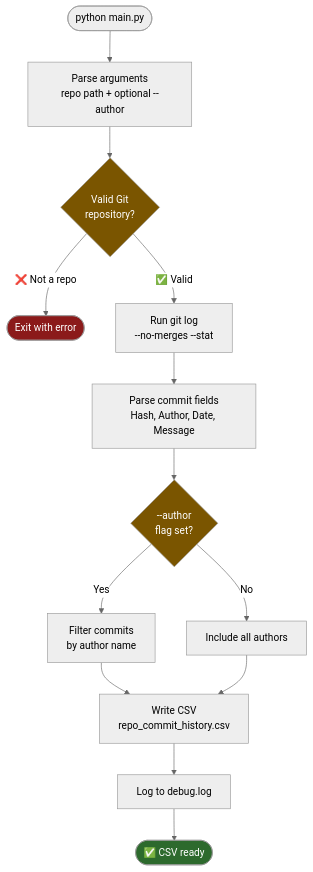
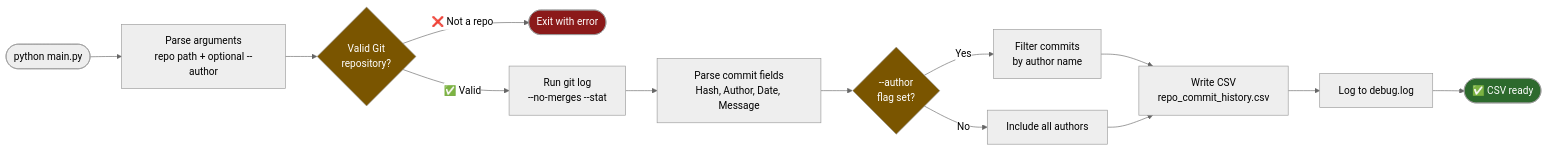
Before and after one commit to 5a9awneh/GitCommitHistoryToCSV: the diagram in README.md, drawn with Mermaid (neutral theme). The commit also changed other lines of this file, not shown here.

Commit message:
docs: move description above diagram, switch to LR flowchart, add How It Works heading

````diff
--- a/README.md
+++ b/README.md
@@ -9,20 +13,20 @@
 ```mermaid
-flowchart TD
+flowchart LR
     Start([python main.py]) --> Args[Parse arguments\nrepo path + optional --author]
     Args --> Val{Valid Git\nrepository?}
     Val -->|❌ Not a repo| Err([Exit with error])
     Val -->|✅ Valid| Log[Run git log\n--no-merges --stat]
     Log --> Parse[Parse commit fields\nHash, Author, Date, Message]
     Parse --> Filter{--author\nflag set?}
     Filter -->|Yes| FA[Filter commits\nby author name]
     Filter -->|No| All[Include all authors]
     FA --> Write[Write CSV\nrepo_commit_history.csv]
     All --> Write
     Write --> Debug[Log to debug.log]
     Debug --> Done([✅ CSV ready])
 
     style Val fill:#7a5500,color:#fff
     style Filter fill:#7a5500,color:#fff
     style Err fill:#8b1a1a,color:#fff
     style Done fill:#2d6a2d,color:#fff
 ```
````
